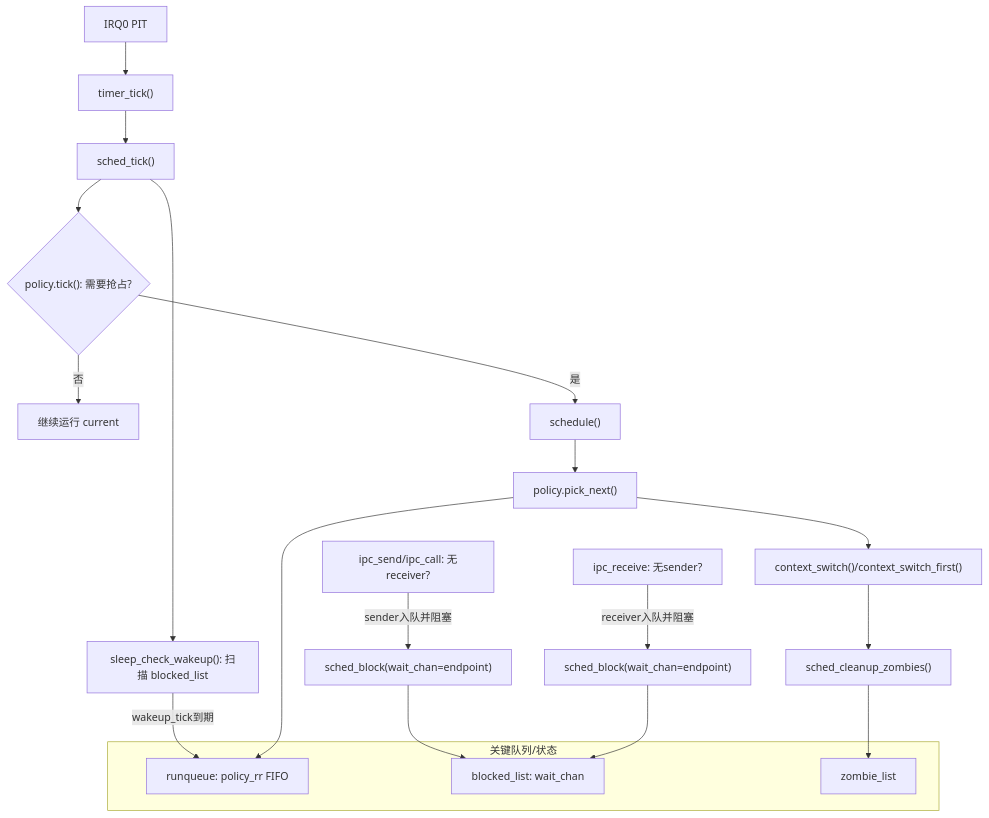
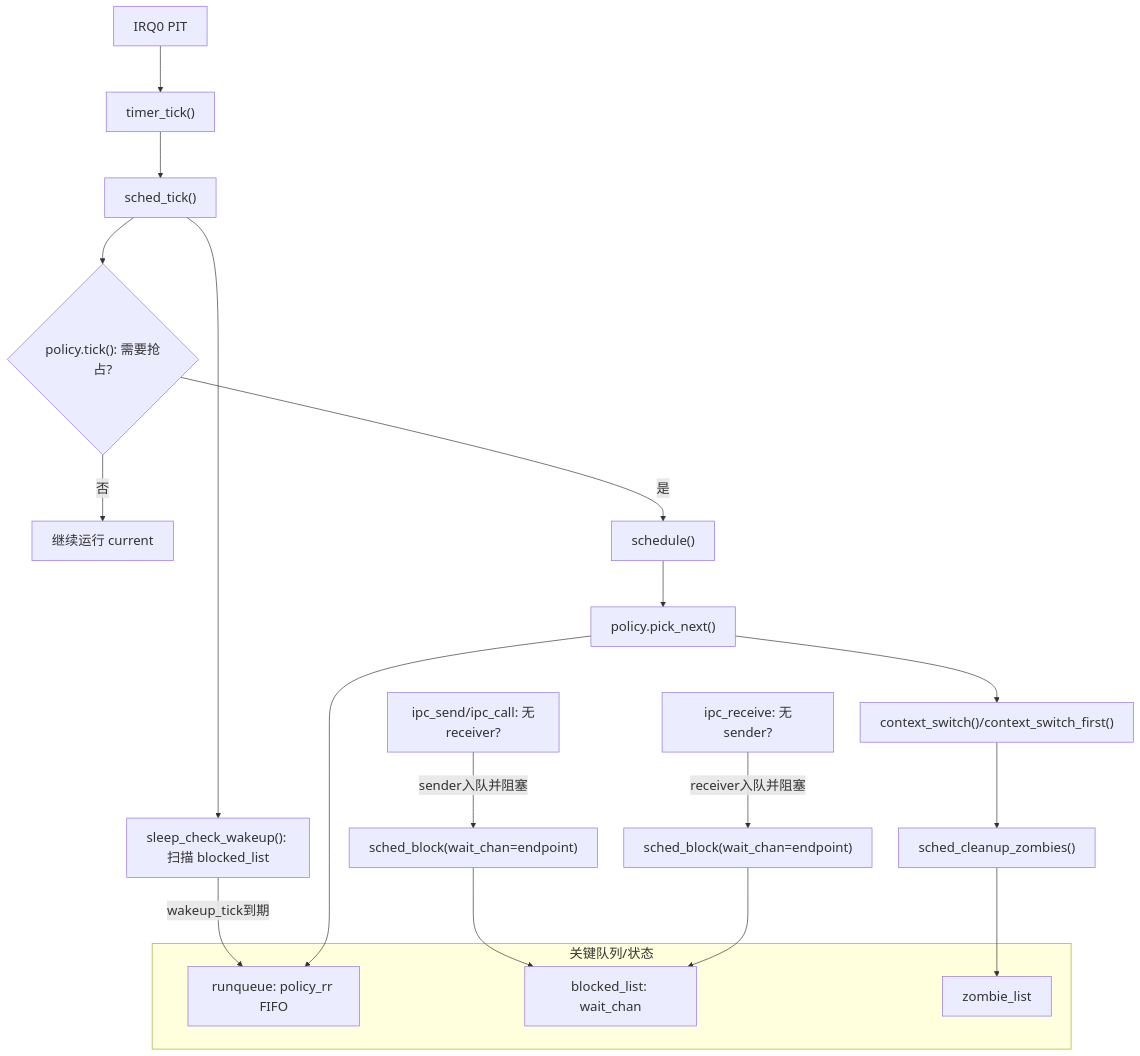
One commit to SH-XiaoXiu/xnix changed the fourth of 5 diagrams in README.md. Above: the diagram before and after it, drawn with Mermaid. The commit also changed other lines of this file, not shown here.

Commit message:
docs(readme): 更新Mermaid

````diff
--- a/README.md
+++ b/README.md
@@ -168,28 +169,29 @@
 ```mermaid
+%%{init: {'flowchart': {'useMaxWidth': false, 'nodeSpacing': 40, 'rankSpacing': 70}, 'themeVariables': {'fontSize': '20px'}}}%%
 graph TD
     IRQ0["IRQ0 PIT"] --> TimerTick["timer_tick()"]
     TimerTick --> SchedTick["sched_tick()"]
     SchedTick --> WakeSleep["sleep_check_wakeup(): 扫描 blocked_list"]
     SchedTick --> NeedResched{"policy.tick(): 需要抢占?"}
     NeedResched -->|否| ContinueRun["继续运行 current"]
     NeedResched -->|是| Schedule["schedule()"]
 
     subgraph Queues["关键队列/状态"]
         RunQ["runqueue: policy_rr FIFO"]
         Blocked["blocked_list: wait_chan"]
         Zombie["zombie_list"]
     end
 
     Schedule --> Pick["policy.pick_next()"]
     Pick --> Switch["context_switch()/context_switch_first()"]
     Switch --> Cleanup["sched_cleanup_zombies()"]
 
     IPCSendPath["ipc_send/ipc_call: 无receiver?"] -->|sender入队并阻塞| BlockSend["sched_block(wait_chan=endpoint)"]
     IPCRecvPath["ipc_receive: 无sender?"] -->|receiver入队并阻塞| BlockRecv["sched_block(wait_chan=endpoint)"]
 
     BlockSend --> Blocked
     BlockRecv --> Blocked
     WakeSleep -->|wakeup_tick到期| RunQ
     Pick --> RunQ
     Cleanup --> Zombie
 ```
````
